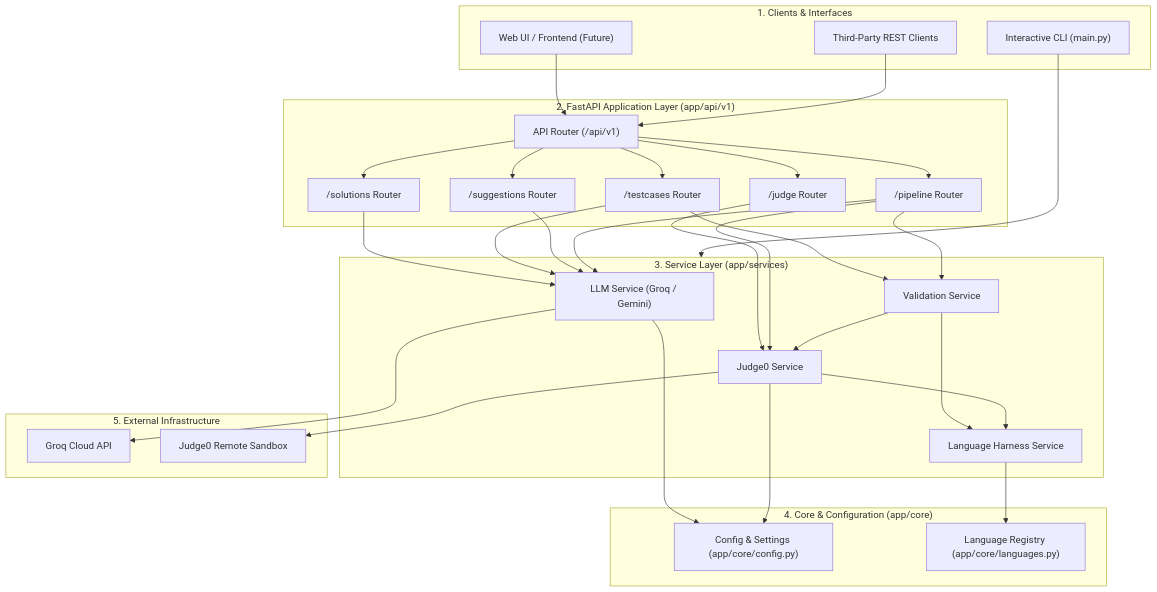
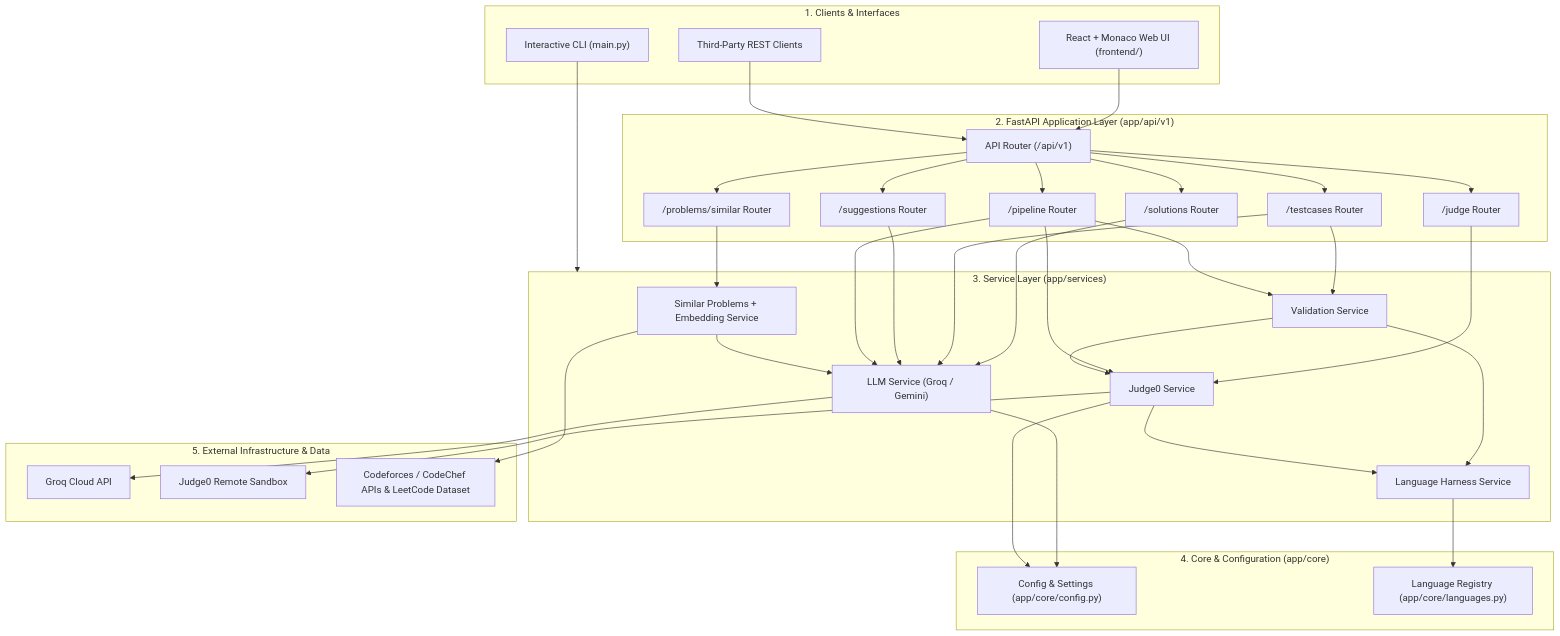
Before and after one commit to SHIVAREDDY2005/AI_Coding: the diagram in README.md, drawn with Mermaid. The commit also changed other lines of this file and 22 other files, not shown here.

Commit message:
Add Similar Questions engine (all-MiniLM-L6-v2, LeetCode catalog, Codeforces/CodeChef live APIs) and update README

````diff
--- a/README.md
+++ b/README.md
@@ -11,64 +21,71 @@
 ```mermaid
 flowchart TD
     subgraph ClientLayer["1. Clients & Interfaces"]
         CLI["Interactive CLI (main.py)"]
-        WebFrontend["Web UI / Frontend (Future)"]
+        WebFrontend["React + Monaco Web UI (frontend/)"]
         RESTClients["Third-Party REST Clients"]
     end
 
     subgraph APILayer["2. FastAPI Application Layer (app/api/v1)"]
         Router["API Router (/api/v1)"]
         R_Judge["/judge Router"]
         R_Solutions["/solutions Router"]
         R_Testcases["/testcases Router"]
         R_Suggestions["/suggestions Router"]
         R_Pipeline["/pipeline Router"]
+        R_Similar["/problems/similar Router"]
     end
 
     subgraph ServiceLayer["3. Service Layer (app/services)"]
         LLM["LLM Service (Groq / Gemini)"]
         Judge["Judge0 Service"]
         Harness["Language Harness Service"]
         Validation["Validation Service"]
+        Similar["Similar Problems + Embedding Service"]
     end
 
     subgraph CoreLayer["4. Core & Configuration (app/core)"]
         Config["Config & Settings (app/core/config.py)"]
         Languages["Language Registry (app/core/languages.py)"]
     end
 
-    subgraph ExternalInfra["5. External Infrastructure"]
+    subgraph ExternalInfra["5. External Infrastructure & Data"]
         GroqAPI["Groq Cloud API"]
         Judge0Sandbox["Judge0 Remote Sandbox"]
+        Catalogs["Codeforces / CodeChef APIs & LeetCode Dataset"]
     end
 
     CLI --> ServiceLayer
     WebFrontend --> Router
     RESTClients --> Router
 
     Router --> R_Judge
     Router --> R_Solutions
     Router --> R_Testcases
     Router --> R_Suggestions
     Router --> R_Pipeline
+    Router --> R_Similar
 
     R_Judge --> Judge
     R_Solutions --> LLM
     R_Testcases --> LLM
     R_Testcases --> Validation
     R_Suggestions --> LLM
     R_Pipeline --> LLM
     R_Pipeline --> Validation
     R_Pipeline --> Judge
+    R_Similar --> Similar
 
+    Similar --> LLM
+    Similar --> Catalogs
     Validation --> Judge
     Validation --> Harness
     Judge --> Harness
 
     LLM --> Config
     Judge --> Config
     Harness --> Languages
 
     LLM --> GroqAPI
     Judge --> Judge0Sandbox
 ```
````
